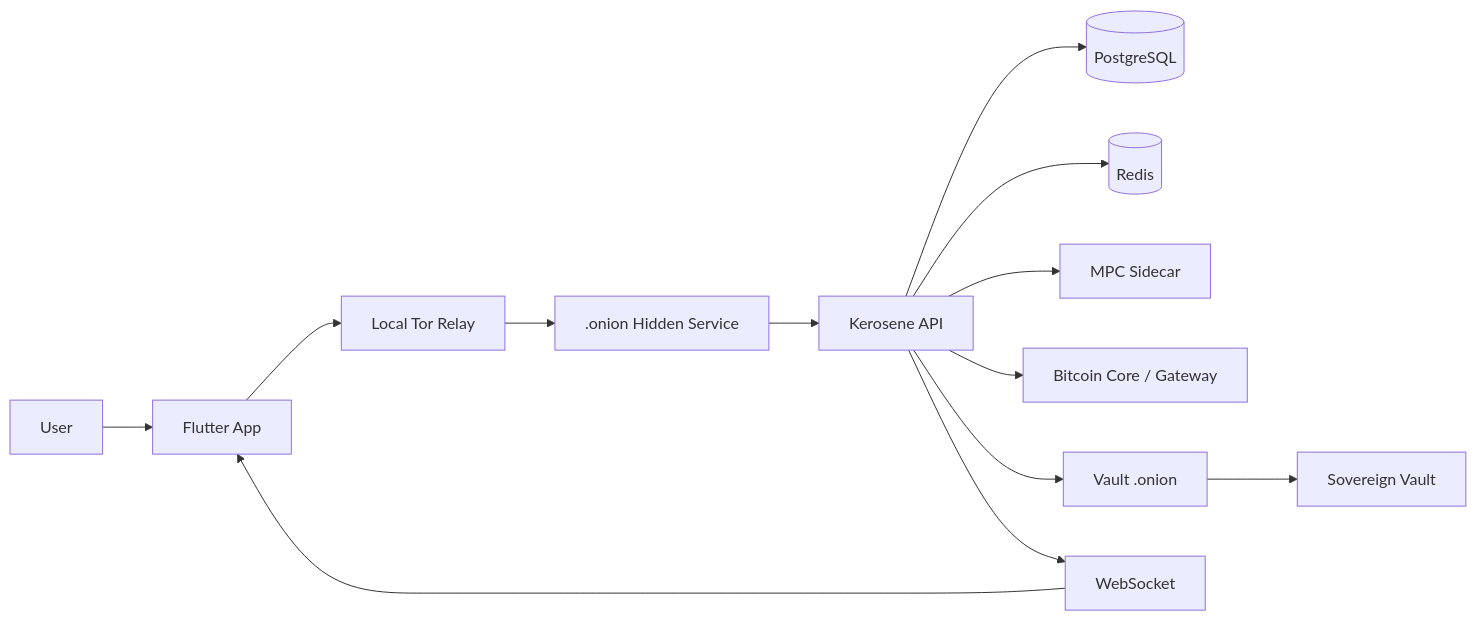
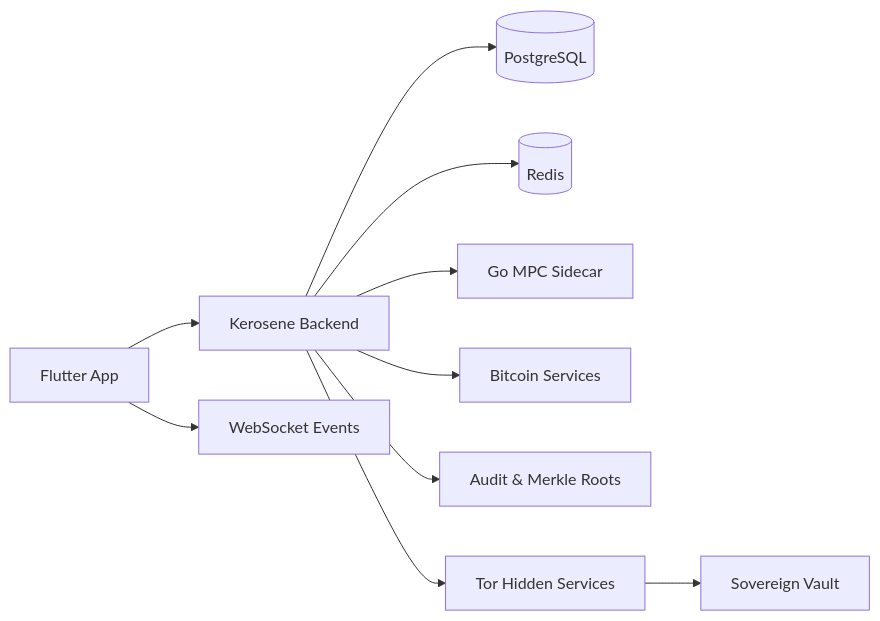
The diagram in README.md (Daniel-Astrofer/Kerosene), drawn with Mermaid before and after one commit. The commit also changed other lines of this file and 876 other files, not shown here.

````diff
--- a/README.md
+++ b/README.md
@@ -90,17 +47,12 @@
 ```mermaid
 flowchart LR
-  User[User] --> App[Flutter App]
-  App --> Relay[Local Tor Relay]
-  Relay --> Onion[.onion Hidden Service]
-  Onion --> API[Kerosene API]
-
+  Client[Flutter App] --> API[Kerosene Backend]
+  Client --> WS[WebSocket Events]
   API --> DB[(PostgreSQL)]
   API --> Redis[(Redis)]
-  API --> MPC[MPC Sidecar]
-  API --> BTC[Bitcoin Core / Gateway]
-  API --> VaultTor[Vault .onion]
-  VaultTor --> Vault[Sovereign Vault]
-
-  API --> WS[WebSocket]
-  WS --> App
+  API --> MPC[Go MPC Sidecar]
+  API --> BTC[Bitcoin Services]
+  API --> Audit[Audit & Merkle Roots]
+  API --> Tor[Tor Hidden Services]
+  Tor --> Vault[Sovereign Vault]
 ```
````
